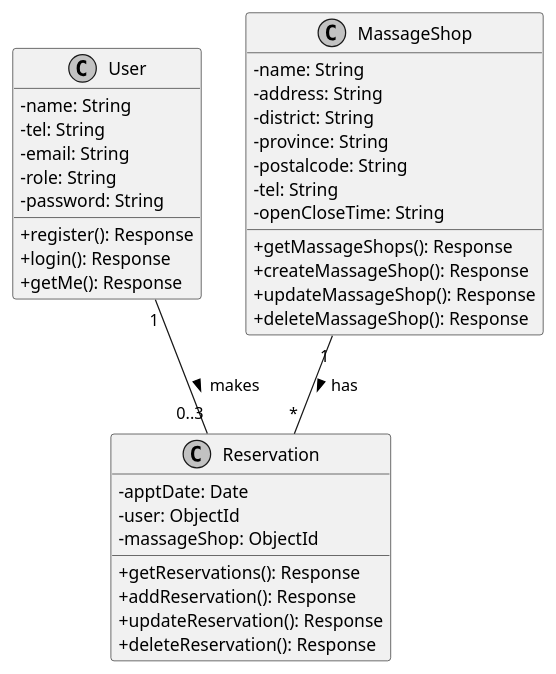
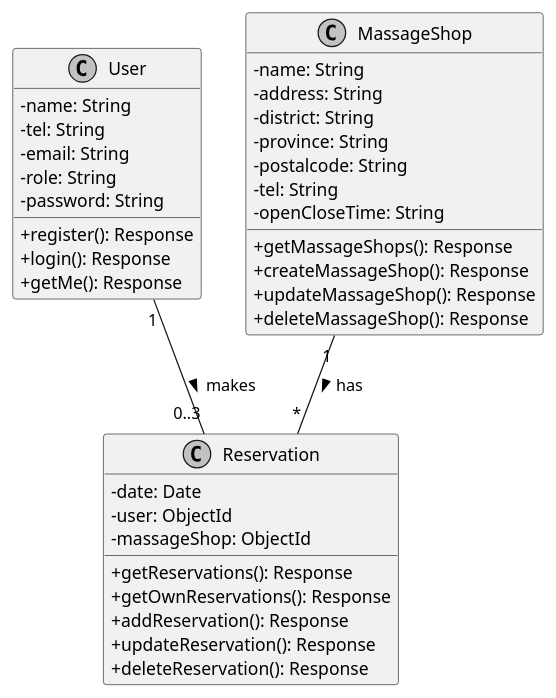
Before and after one commit to 2110503-CEDT68/be-project-68-backbegin: the diagram in MSclassdiagram.puml, drawn with PlantUML. The commit also changed 2 other files, not shown here.

Commit message:
Add getOwnReservations

```diff
--- a/MSclassdiagram.puml
+++ b/MSclassdiagram.puml
@@ -1,44 +1,45 @@
 @startuml MassageShop
 skinparam classAttributeIconSize 0
 skinparam monochrome true
 
 class User {
   - name: String
   - tel: String
   - email: String
   - role: String
   - password: String
   + register(): Response
   + login(): Response
   + getMe(): Response
 }
 
 class MassageShop {
   - name: String
   - address: String
   - district: String
   - province: String
   - postalcode: String
   - tel: String
   - openCloseTime: String
   + getMassageShops(): Response
   + createMassageShop(): Response
   + updateMassageShop(): Response
   + deleteMassageShop(): Response
 }
 
 class Reservation {
-  - apptDate: Date
+  - date: Date
   - user: ObjectId
   - massageShop: ObjectId
   + getReservations(): Response
+  + getOwnReservations(): Response
   + addReservation(): Response
   + updateReservation(): Response
   + deleteReservation(): Response
 }
 
 ' relation 3 reservation
 User "1" -- "0..3" Reservation : makes >
 MassageShop "1" -- "*" Reservation : has >
 
 @enduml
```
